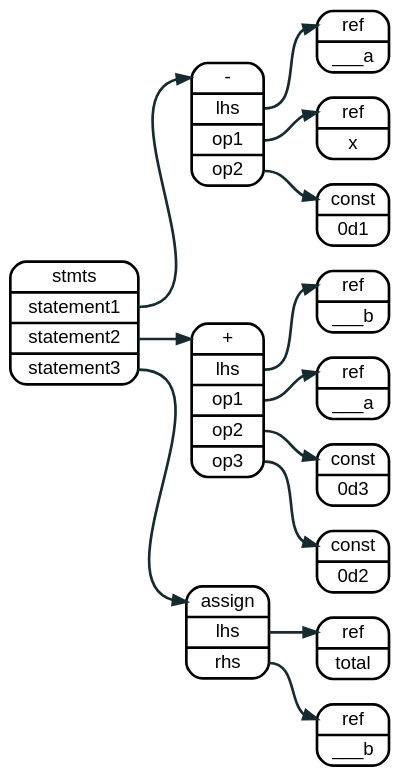
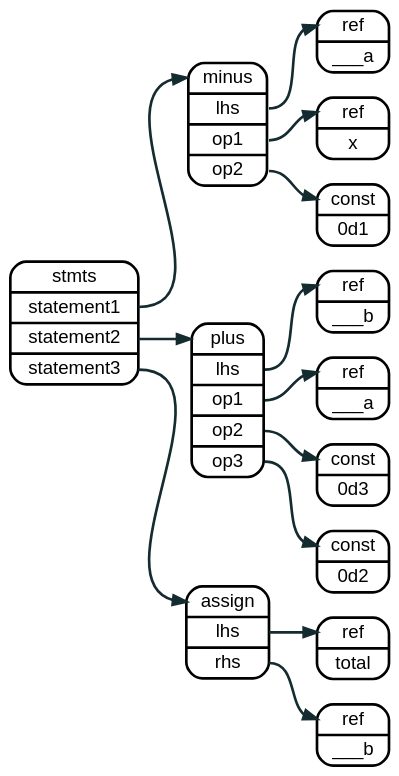
Before and after one commit to sakshi15108/lnast-doc: the diagram in source/graphviz/assign_simple_expression.dot, drawn with Graphviz. The commit also changed 14 other files, not shown here.

```diff
--- a/source/graphviz/assign_simple_expression.dot
+++ b/source/graphviz/assign_simple_expression.dot
@@ -1,42 +1,42 @@
 digraph assign {
   rankdir=LR
   bgcolor="transparent"
 
   node  [fontname = "helvetica", shape=record, style="rounded", penwidth = 2];
   edge  [fontname = "helvetica", color="#142b30", arrowhead="normal", penwidth = 2];
   graph [fontname = "helvetica"];
 
 
-  nodea0 [label = "<a> - | <l> lhs  | <r1> op1 | <r2> op2 "];
+  nodea0 [label = "<a> minus | <l> lhs  | <r1> op1 | <r2> op2 "];
   nodea1 [label = "<a> ref   | <l> ___a"];
   nodea2 [label = "<a> ref   | <l> x"];
   nodea3 [label = "<a> const | <l> 0d1"];
 
-  nodeb0 [label = "<a> + | <l> lhs  | <r1> op1 | <r2> op2 | <r3> op3 "];
+  nodeb0 [label = "<a> plus | <l> lhs  | <r1> op1 | <r2> op2 | <r3> op3 "];
   nodeb1 [label = "<a> ref   | <l> ___b"];
   nodeb2 [label = "<a> ref   | <l> ___a"];
   nodeb3 [label = "<a> const | <l> 0d3"];
   nodeb4 [label = "<a> const | <l> 0d2"];
 
   node5 [label = "<a> assign | <l> lhs  | <r> rhs"];
   node6 [label = "<a> ref   | <l> total"];
   node7 [label = "<a> ref   | <l> ___b"];
 
   node8 [label = "<a> stmts | <s1> statement1 | <s2> statement2 | <s3> statement3"];
 
   node8:s1 -> nodea0:a;
   node8:s2 -> nodeb0:a;
   node8:s3 -> node5:a;
 
   nodea0:l -> nodea1:a;
   nodea0:r1 -> nodea2:a;
   nodea0:r2 -> nodea3:a;
 
   nodeb0:l -> nodeb1:a;
   nodeb0:r1 -> nodeb2:a;
   nodeb0:r2 -> nodeb3:a;
   nodeb0:r3 -> nodeb4:a;
 
   node5:l -> node6:a;
   node5:r -> node7:a;
 }
```
